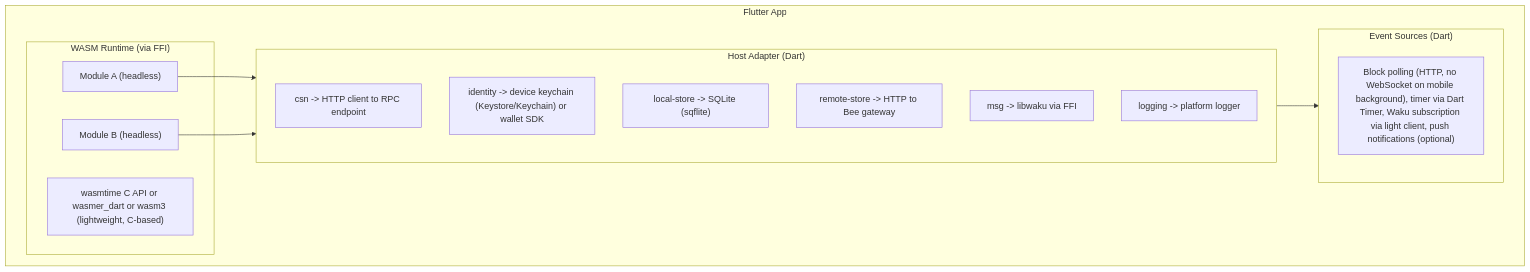
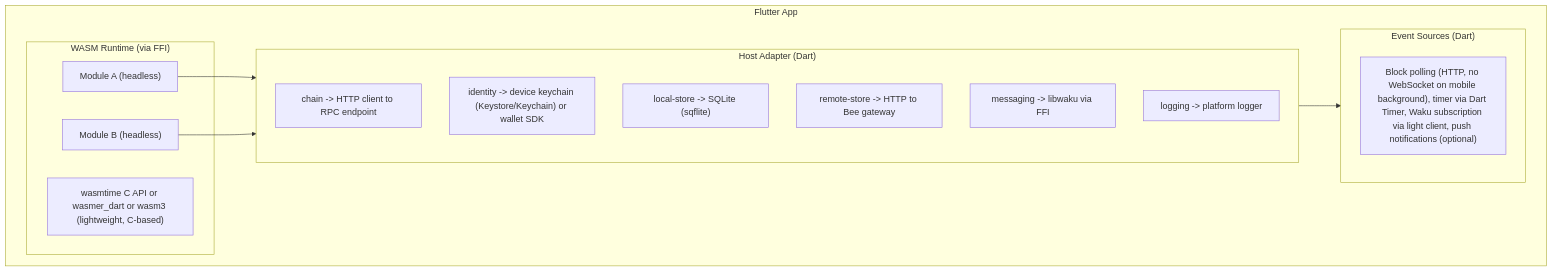
Before and after one commit to bleu/nullis-shepherd: the third of 6 diagrams in docs/08-platform-generalisation.md, drawn with Mermaid. The commit also changed other lines of this file and 45 other files, not shown here.

````diff
--- a/docs/08-platform-generalisation.md
+++ b/docs/08-platform-generalisation.md
@@ -657,27 +661,27 @@
 ```mermaid
 flowchart TD
     subgraph FlutterApp["Flutter App"]
         subgraph WASMRuntime["WASM Runtime (via FFI)"]
             ENGINE["wasmtime C API or wasmer_dart or wasm3 (lightweight, C-based)"]
             ModA["Module A (headless)"]
             ModB["Module B (headless)"]
         end
 
         subgraph HostAdapter["Host Adapter (Dart)"]
-            HA_CSN["csn -> HTTP client to RPC endpoint"]
+            HA_CHAIN["chain -> HTTP client to RPC endpoint"]
             HA_ID["identity -> device keychain (Keystore/Keychain) or wallet SDK"]
             HA_LS["local-store -> SQLite (sqflite)"]
             HA_RS["remote-store -> HTTP to Bee gateway"]
-            HA_MSG["msg -> libwaku via FFI"]
+            HA_MSG["messaging -> libwaku via FFI"]
             HA_LOG["logging -> platform logger"]
         end
 
         subgraph EventSources["Event Sources (Dart)"]
             ES["Block polling (HTTP, no WebSocket on mobile background), timer via Dart Timer, Waku subscription via light client, push notifications (optional)"]
         end
 
         ModA --> HostAdapter
         ModB --> HostAdapter
         HostAdapter --> EventSources
     end
 ```
````
